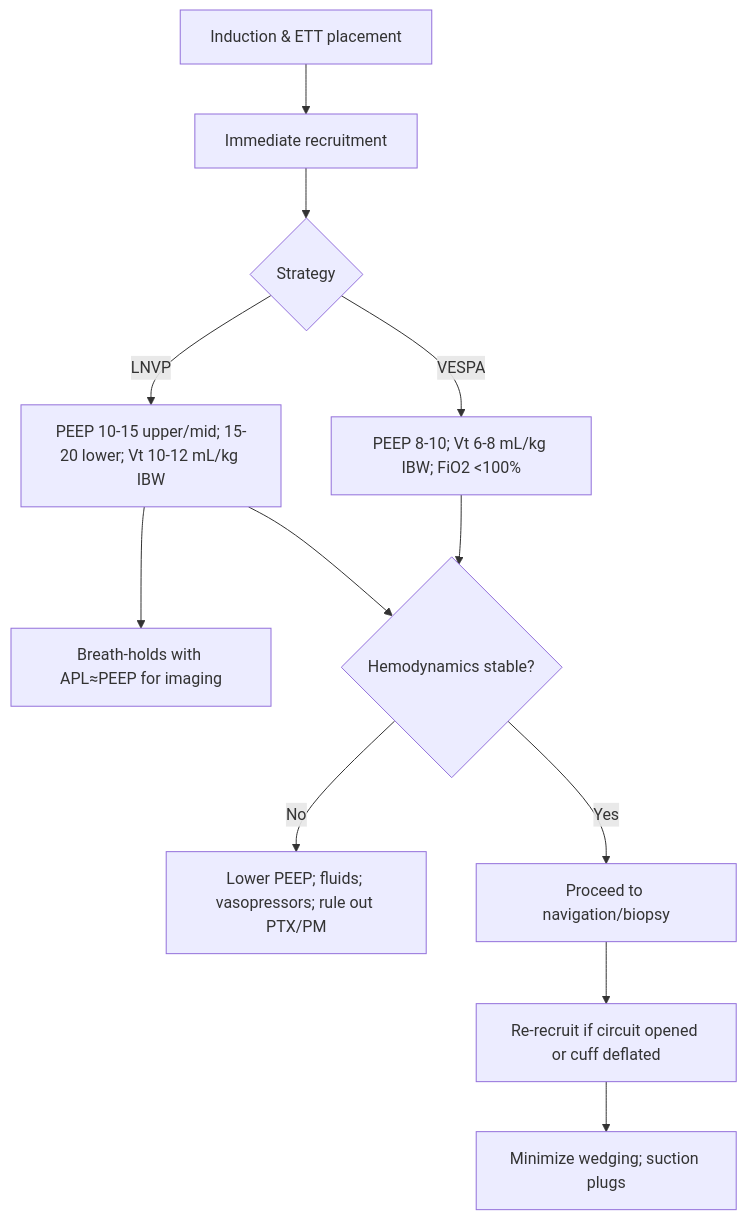
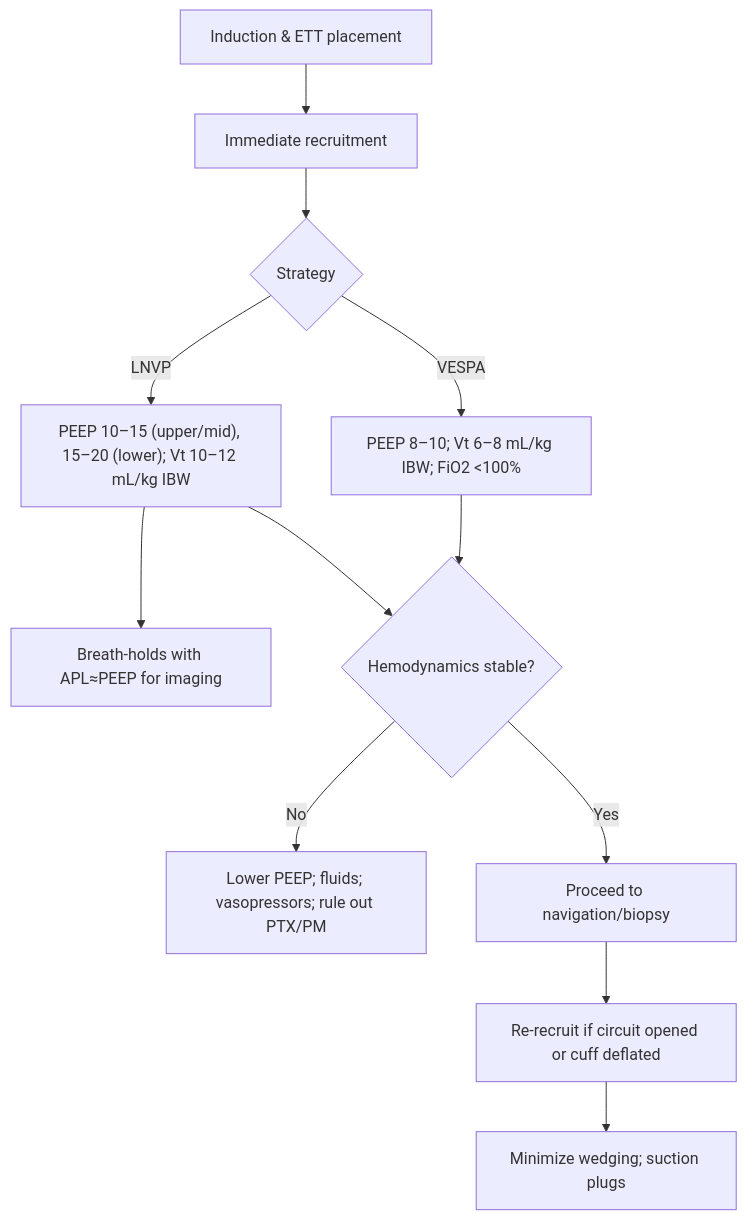
Before and after one commit to russellmiller49/Interventional-Pulm-Education-Project: the second of 3 diagrams in content/modules/board/anesthesia-for-ip.mdx, drawn with Mermaid. The commit also changed other lines of this file and 45 other files, not shown here.

````diff
--- a/content/modules/board/anesthesia-for-ip.mdx
+++ b/content/modules/board/anesthesia-for-ip.mdx
@@ -221,14 +159,14 @@
 ```mermaid
 flowchart TD
-A[Induction & ETT placement] --> B[Immediate recruitment]
-B --> C{Strategy}
-C -->|VESPA| D[PEEP 8-10; Vt 6-8 mL/kg IBW; FiO2 &lt;100%]
-C -->|LNVP| E[PEEP 10-15 upper/mid; 15-20 lower; Vt 10-12 mL/kg IBW]
-E --> F[Breath-holds with APL≈PEEP for imaging]
-D --> G{Hemodynamics stable?}
-E --> G
-G -->|No| H[Lower PEEP; fluids; vasopressors; rule out PTX/PM]
-G -->|Yes| I[Proceed to navigation/biopsy]
-I --> J[Re-recruit if circuit opened or cuff deflated]
-J --> K[Minimize wedging; suction plugs]
+        A["Induction & ETT placement"] --> B["Immediate recruitment"]
+        B --> C{"Strategy"}
+        C -- "VESPA" --> D["PEEP 8–10; Vt 6–8 mL/kg IBW; FiO2 <100%"]
+        C -- "LNVP" --> E["PEEP 10–15 (upper/mid), 15–20 (lower); Vt 10–12 mL/kg IBW"]
+        E --> F["Breath-holds with APL≈PEEP for imaging"]
+        D --> G{"Hemodynamics stable?"}
+        E --> G
+        G -- "No" --> H["Lower PEEP; fluids; vasopressors; rule out PTX/PM"]
+        G -- "Yes" --> I["Proceed to navigation/biopsy"]
+        I --> J["Re-recruit if circuit opened or cuff deflated"]
+        J --> K["Minimize wedging; suction plugs"]
 ```
````
